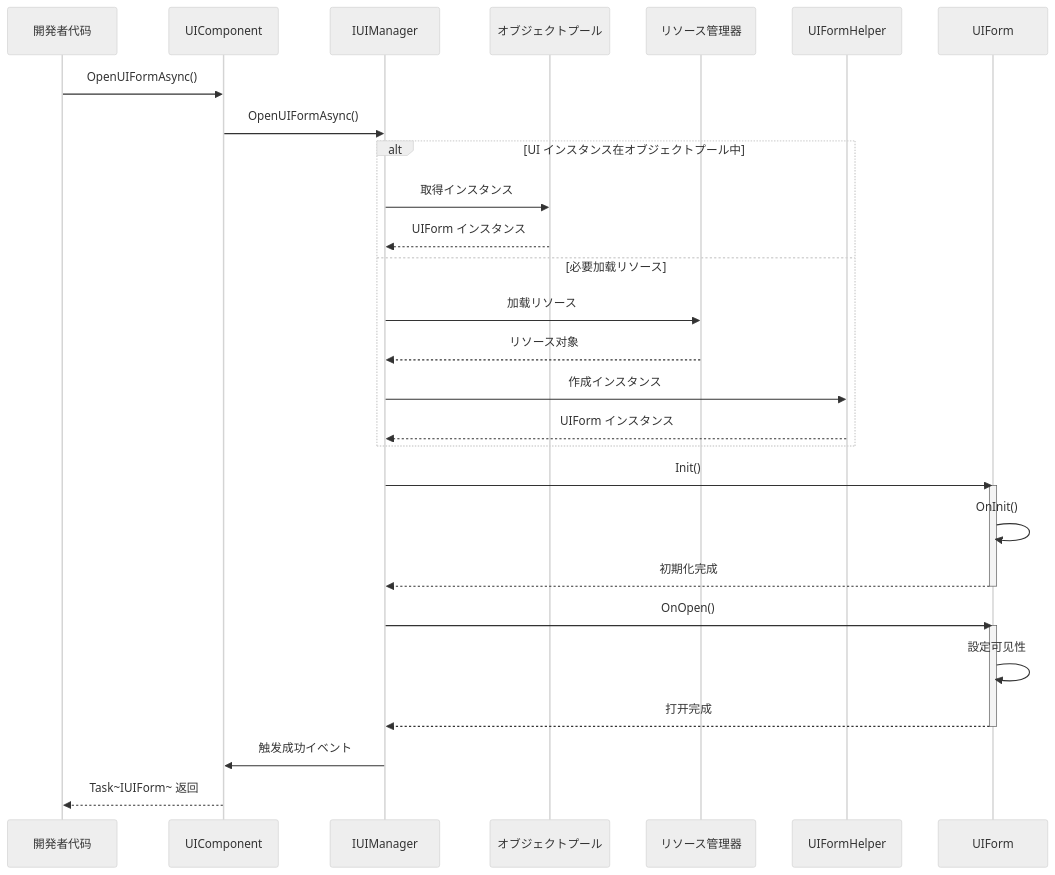
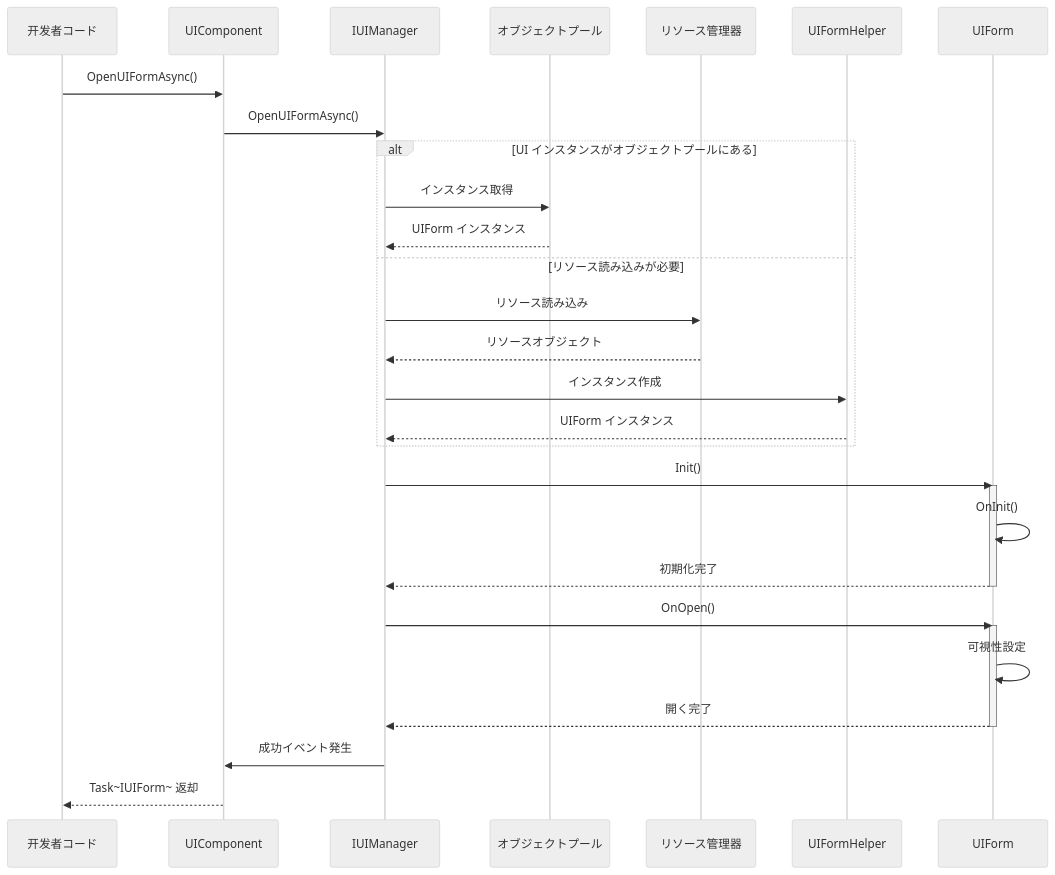
Before and after one commit to AlianBlank/GameFrameX.Docs: the fourth of 5 diagrams in docs/ja/client/unity/component/ui/01.overview.md, drawn with Mermaid (neutral theme). The commit also changed other lines of this file and 320 other files, not shown here.

````diff
--- a/docs/ja/client/unity/component/ui/01.overview.md
+++ b/docs/ja/client/unity/component/ui/01.overview.md
@@ -274,38 +274,38 @@
 ```mermaid
 sequenceDiagram
-    participant Client as 開発者代码
+    participant Client as 开发者コード
     participant UIComp as UIComponent
     participant Manager as IUIManager
     participant Pool as オブジェクトプール
     participant Asset as リソース管理器
     participant Helper as UIFormHelper
     participant Form as UIForm
 
     Client->>UIComp: OpenUIFormAsync()
     UIComp->>Manager: OpenUIFormAsync()
     
-    alt UI インスタンス在オブジェクトプール中
-        Manager->>Pool: 取得インスタンス
+    alt UI インスタンスがオブジェクトプールにある
+        Manager->>Pool: インスタンス取得
         Pool-->>Manager: UIForm インスタンス
-    else 必要加载リソース
-        Manager->>Asset: 加载リソース
-        Asset-->>Manager: リソース对象
-        Manager->>Helper: 作成インスタンス
+    else リソース読み込みが必要
+        Manager->>Asset: リソース読み込み
+        Asset-->>Manager: リソースオブジェクト
+        Manager->>Helper: インスタンス作成
         Helper-->>Manager: UIForm インスタンス
     end
     
     Manager->>Form: Init()
     activate Form
     Form->>Form: OnInit()
-    Form-->>Manager: 初期化完成
+    Form-->>Manager: 初期化完了
     deactivate Form
     
     Manager->>Form: OnOpen()
     activate Form
-    Form->>Form: 設定可见性
-    Form-->>Manager: 打开完成
+    Form->>Form: 可視性設定
+    Form-->>Manager: 開く完了
     deactivate Form
     
-    Manager->>UIComp: 触发成功イベント
-    UIComp-->>Client: Task~IUIForm~ 返回
+    Manager->>UIComp: 成功イベント発生
+    UIComp-->>Client: Task~IUIForm~ 返却
 ```
````
